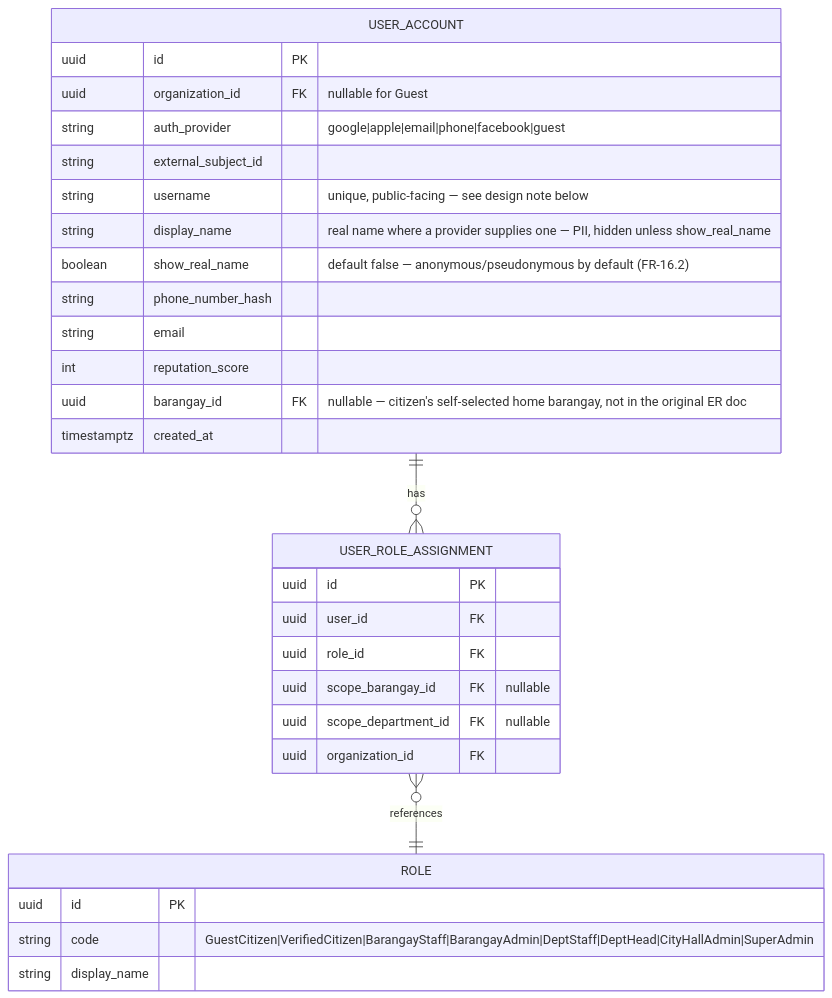
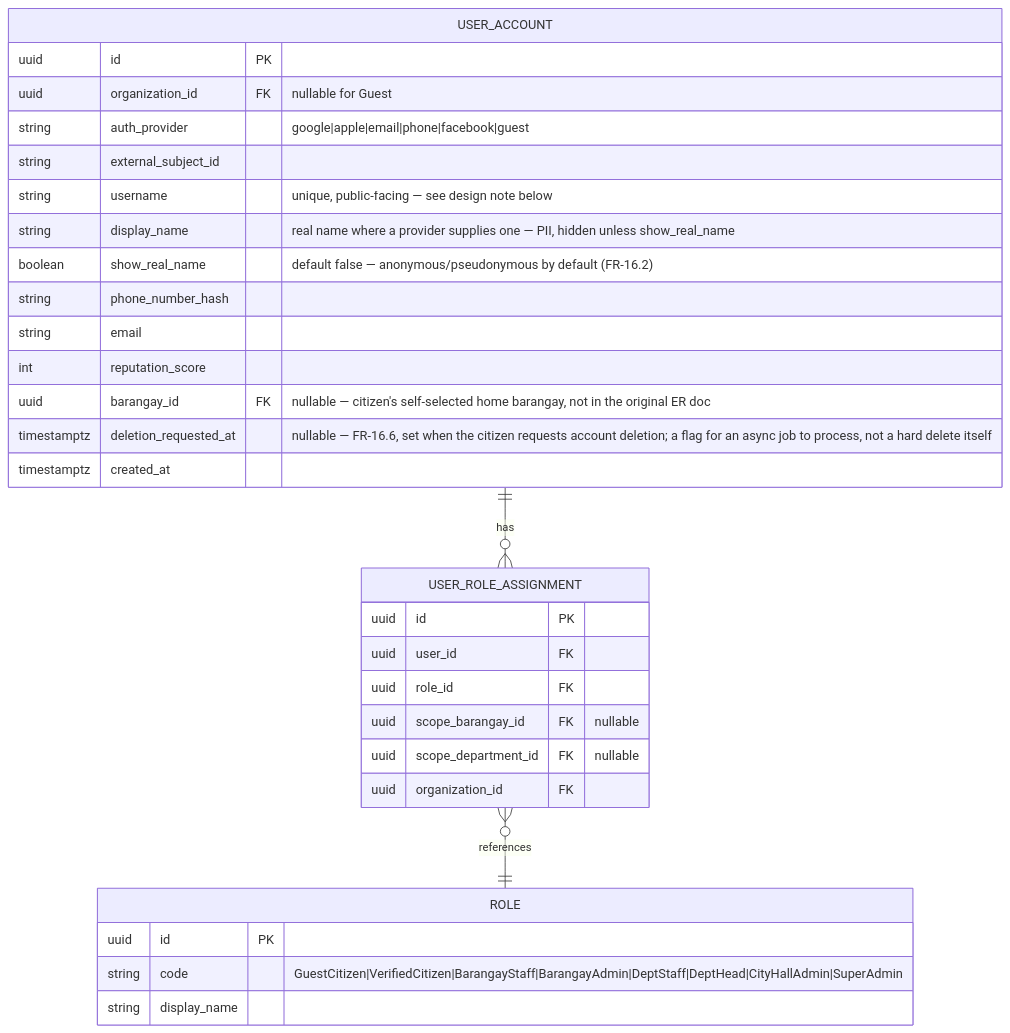
Before and after one commit to Rc357/project-aninag-draft-docs: the second of 6 diagrams in docs/07-database-design.md, drawn with Mermaid. The commit also changed 1 other file, not shown here.

Commit message:
feat: add account deletion request functionality and update database schema

````diff
--- a/docs/07-database-design.md
+++ b/docs/07-database-design.md
@@ -66,32 +66,33 @@
 ```mermaid
 erDiagram
     USER_ACCOUNT ||--o{ USER_ROLE_ASSIGNMENT : has
     USER_ROLE_ASSIGNMENT }o--|| ROLE : references
     USER_ACCOUNT {
         uuid id PK
         uuid organization_id FK "nullable for Guest"
         string auth_provider "google|apple|email|phone|facebook|guest"
         string external_subject_id
         string username "unique, public-facing — see design note below"
         string display_name "real name where a provider supplies one — PII, hidden unless show_real_name"
         boolean show_real_name "default false — anonymous/pseudonymous by default (FR-16.2)"
         string phone_number_hash
         string email
         int reputation_score
         uuid barangay_id FK "nullable — citizen's self-selected home barangay, not in the original ER doc"
+        timestamptz deletion_requested_at "nullable — FR-16.6, set when the citizen requests account deletion; a flag for an async job to process, not a hard delete itself"
         timestamptz created_at
     }
     ROLE {
         uuid id PK
         string code "GuestCitizen|VerifiedCitizen|BarangayStaff|BarangayAdmin|DeptStaff|DeptHead|CityHallAdmin|SuperAdmin"
         string display_name
     }
     USER_ROLE_ASSIGNMENT {
         uuid id PK
         uuid user_id FK
         uuid role_id FK
         uuid scope_barangay_id FK "nullable"
         uuid scope_department_id FK "nullable"
         uuid organization_id FK
     }
 ```
````
